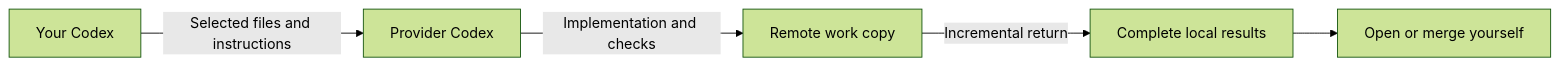
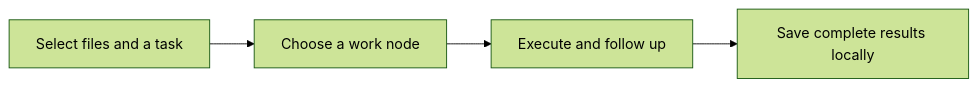
One commit to mekoand/sub2sub changed the diagram in README.en.md. Above: the diagram before and after it, drawn with Mermaid (forest theme). The commit also changed other lines of this file and 1 other file, not shown here.

````diff
--- a/README.en.md
+++ b/README.en.md
@@ -61,7 +46,6 @@
 ```mermaid
 flowchart LR
-    A[Your Codex] -->|Selected files and instructions| B[Provider Codex]
-    B -->|Implementation and checks| C[Remote work copy]
-    C -->|Incremental return| D[Complete local results]
-    D --> E[Open or merge yourself]
+    A[Select files and a task] --> B[Choose a work node]
+    B --> C[Execute and follow up]
+    C --> D[Save complete results locally]
 ```
````
